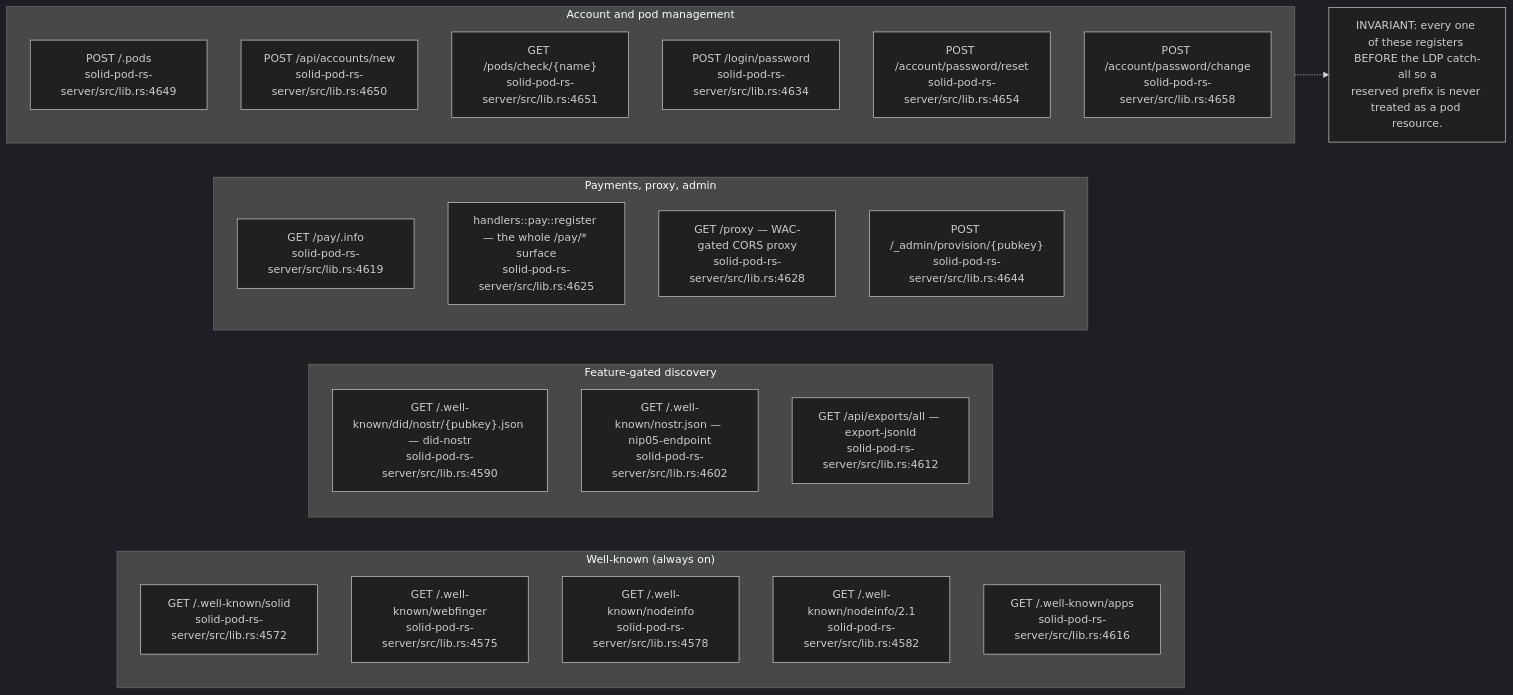
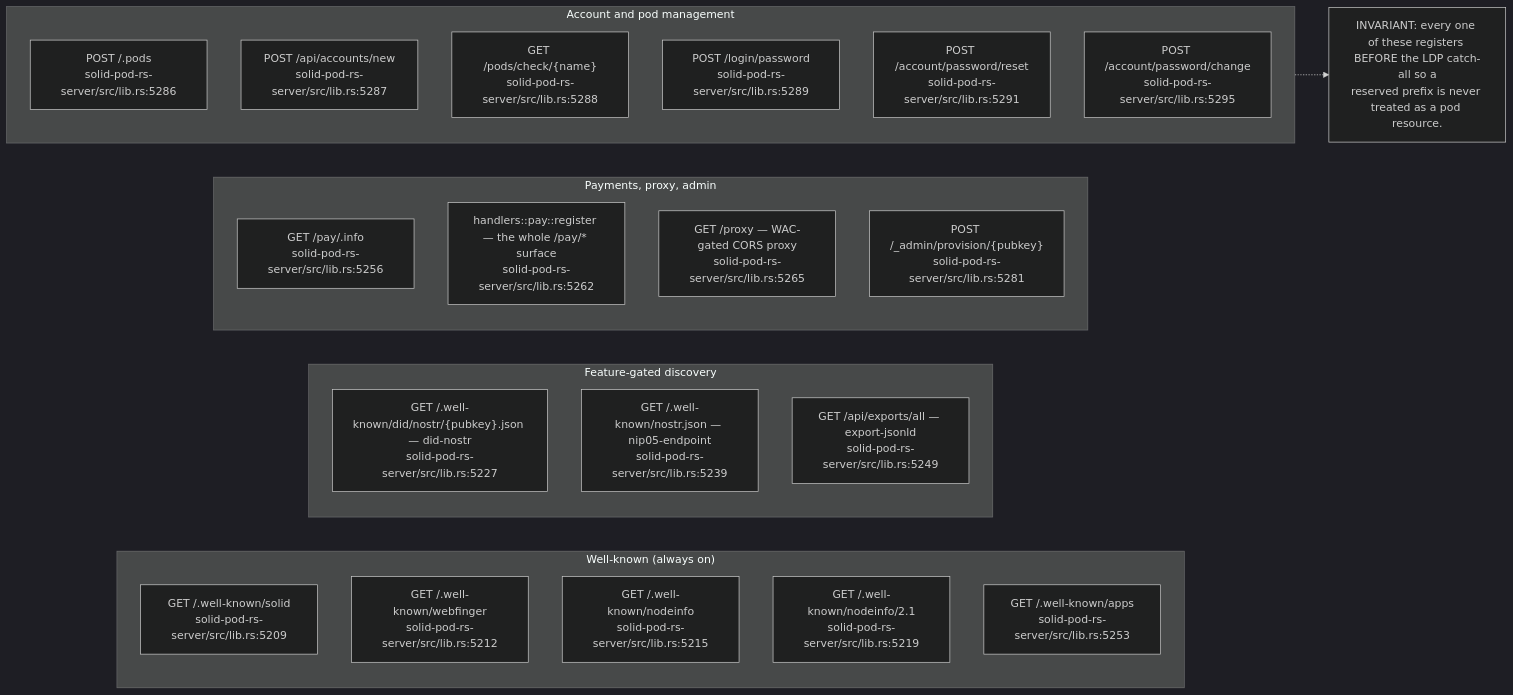
One commit to DreamLab-AI/VisionFlow changed the eighth of 11 diagrams in docs/diagrams/solid-pod-rs/02-server-boot-and-routes.md. Above: the diagram before and after it, drawn with Mermaid (dark theme). The commit also changed other lines of this file and 160 other files, not shown here.

````diff
--- a/docs/diagrams/solid-pod-rs/02-server-boot-and-routes.md
+++ b/docs/diagrams/solid-pod-rs/02-server-boot-and-routes.md
@@ -204,32 +220,32 @@
 ```mermaid
 flowchart LR
     subgraph WK["Well-known (always on)"]
-        A1["GET /.well-known/solid<br/>solid-pod-rs-server/src/lib.rs:4572"]
-        A2["GET /.well-known/webfinger<br/>solid-pod-rs-server/src/lib.rs:4575"]
-        A3["GET /.well-known/nodeinfo<br/>solid-pod-rs-server/src/lib.rs:4578"]
-        A4["GET /.well-known/nodeinfo/2.1<br/>solid-pod-rs-server/src/lib.rs:4582"]
-        A5["GET /.well-known/apps<br/>solid-pod-rs-server/src/lib.rs:4616"]
+        A1["GET /.well-known/solid<br/>solid-pod-rs-server/src/lib.rs:5209"]
+        A2["GET /.well-known/webfinger<br/>solid-pod-rs-server/src/lib.rs:5212"]
+        A3["GET /.well-known/nodeinfo<br/>solid-pod-rs-server/src/lib.rs:5215"]
+        A4["GET /.well-known/nodeinfo/2.1<br/>solid-pod-rs-server/src/lib.rs:5219"]
+        A5["GET /.well-known/apps<br/>solid-pod-rs-server/src/lib.rs:5253"]
     end
     subgraph GATED["Feature-gated discovery"]
-        B1["GET /.well-known/did/nostr/{pubkey}.json — did-nostr<br/>solid-pod-rs-server/src/lib.rs:4590"]
-        B2["GET /.well-known/nostr.json — nip05-endpoint<br/>solid-pod-rs-server/src/lib.rs:4602"]
-        B3["GET /api/exports/all — export-jsonld<br/>solid-pod-rs-server/src/lib.rs:4612"]
+        B1["GET /.well-known/did/nostr/{pubkey}.json — did-nostr<br/>solid-pod-rs-server/src/lib.rs:5227"]
+        B2["GET /.well-known/nostr.json — nip05-endpoint<br/>solid-pod-rs-server/src/lib.rs:5239"]
+        B3["GET /api/exports/all — export-jsonld<br/>solid-pod-rs-server/src/lib.rs:5249"]
     end
     subgraph PAYADMIN["Payments, proxy, admin"]
-        C1["GET /pay/.info<br/>solid-pod-rs-server/src/lib.rs:4619"]
-        C2["handlers::pay::register — the whole /pay/* surface<br/>solid-pod-rs-server/src/lib.rs:4625"]
-        C3["GET /proxy — WAC-gated CORS proxy<br/>solid-pod-rs-server/src/lib.rs:4628"]
-        C4["POST /_admin/provision/{pubkey}<br/>solid-pod-rs-server/src/lib.rs:4644"]
+        C1["GET /pay/.info<br/>solid-pod-rs-server/src/lib.rs:5256"]
+        C2["handlers::pay::register — the whole /pay/* surface<br/>solid-pod-rs-server/src/lib.rs:5262"]
+        C3["GET /proxy — WAC-gated CORS proxy<br/>solid-pod-rs-server/src/lib.rs:5265"]
+        C4["POST /_admin/provision/{pubkey}<br/>solid-pod-rs-server/src/lib.rs:5281"]
     end
     subgraph ACCT["Account and pod management"]
-        D1["POST /.pods<br/>solid-pod-rs-server/src/lib.rs:4649"]
-        D2["POST /api/accounts/new<br/>solid-pod-rs-server/src/lib.rs:4650"]
-        D3["GET /pods/check/{name}<br/>solid-pod-rs-server/src/lib.rs:4651"]
-        D4["POST /login/password<br/>solid-pod-rs-server/src/lib.rs:4634"]
-        D5["POST /account/password/reset<br/>solid-pod-rs-server/src/lib.rs:4654"]
-        D6["POST /account/password/change<br/>solid-pod-rs-server/src/lib.rs:4658"]
+        D1["POST /.pods<br/>solid-pod-rs-server/src/lib.rs:5286"]
+        D2["POST /api/accounts/new<br/>solid-pod-rs-server/src/lib.rs:5287"]
+        D3["GET /pods/check/{name}<br/>solid-pod-rs-server/src/lib.rs:5288"]
+        D4["POST /login/password<br/>solid-pod-rs-server/src/lib.rs:5289"]
+        D5["POST /account/password/reset<br/>solid-pod-rs-server/src/lib.rs:5291"]
+        D6["POST /account/password/change<br/>solid-pod-rs-server/src/lib.rs:5295"]
     end
 
     N["INVARIANT: every one of these registers BEFORE the LDP catch-all so a\nreserved prefix is never treated as a pod resource."]
     ACCT -.-> N
 ```
````
